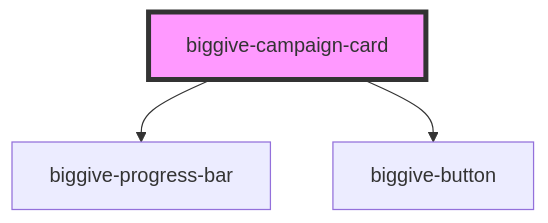
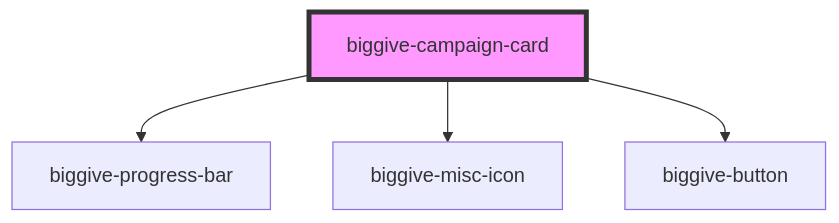
Before and after one commit to thebiggive/donate-frontend: the diagram in src/components/biggive-campaign-card/readme.md, drawn with Mermaid. The commit also changed other lines of this file and 7 other files, not shown here.

````diff
--- a/src/components/biggive-campaign-card/readme.md
+++ b/src/components/biggive-campaign-card/readme.md
@@ -39,6 +43,7 @@
 ```mermaid
 graph TD;
   biggive-campaign-card --> biggive-progress-bar
+  biggive-campaign-card --> biggive-misc-icon
   biggive-campaign-card --> biggive-button
   style biggive-campaign-card fill:#f9f,stroke:#333,stroke-width:4px
 ```
````
